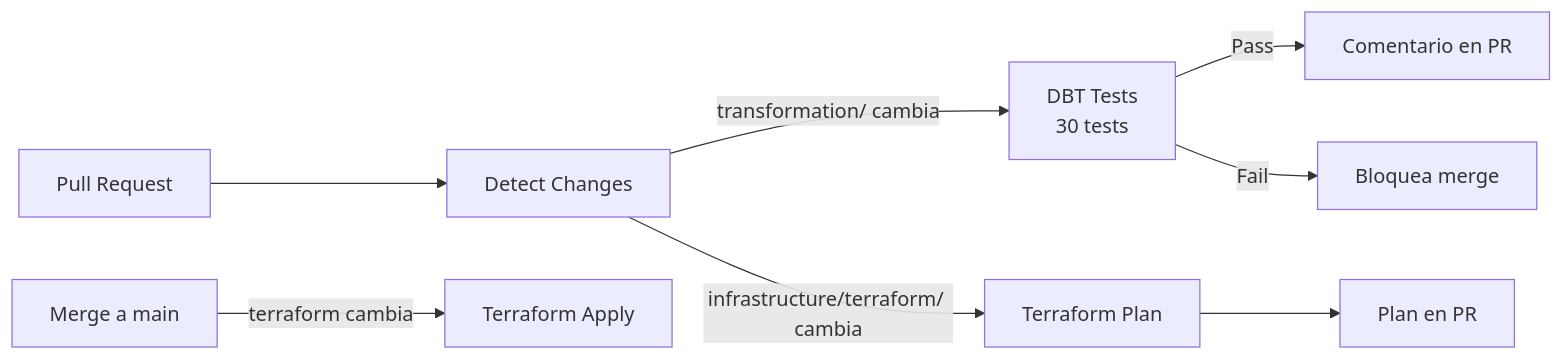
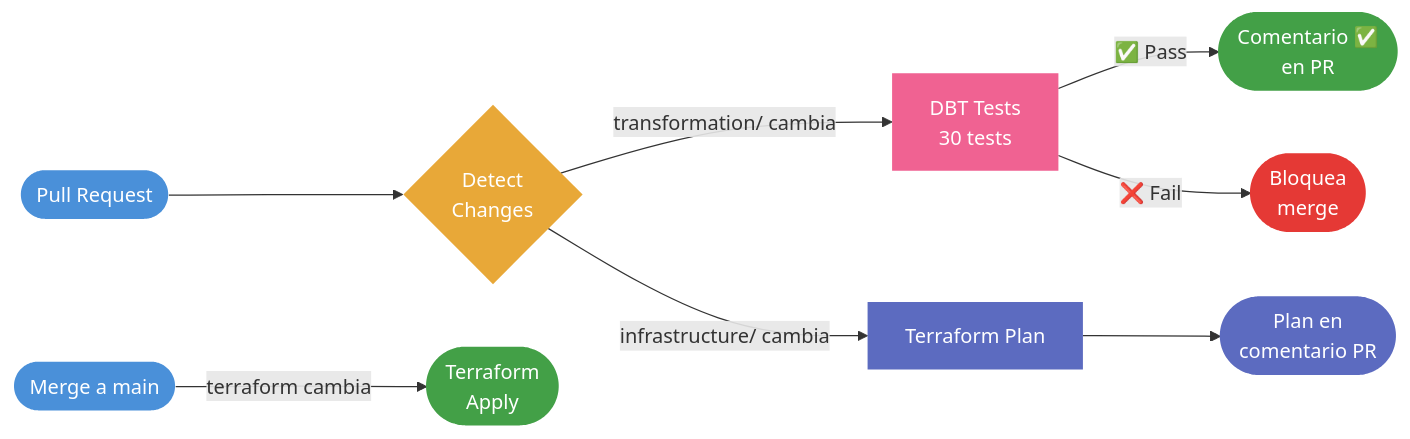
Before and after one commit to TomasRipsky/CityPulse_Analytics: the fifth of 5 diagrams in README.md, drawn with Mermaid. The commit also changed other lines of this file, not shown here.

````diff
--- a/README.md
+++ b/README.md
@@ -685,10 +694,29 @@
 ```mermaid
 flowchart LR
-    PR[Pull Request] --> DC[Detect Changes]
-    DC -->|transformation/ cambia| DBT[DBT Tests\n30 tests]
-    DC -->|infrastructure/terraform/ cambia| TF[Terraform Plan]
-    DBT -->|Pass| C1[Comentario en PR]
-    DBT -->|Fail| C2[Bloquea merge]
-    TF --> C3[Plan en PR]
-    MERGE[Merge a main] -->|terraform cambia| APPLY[Terraform Apply]
+    PR([Pull Request]) --> DC{Detect
+Changes}
+
+    DC -->|transformation/ cambia| DBT[DBT Tests
+30 tests]
+    DC -->|infrastructure/ cambia| TF[Terraform Plan]
+
+    DBT -->|✅ Pass| OK([Comentario ✅
+en PR])
+    DBT -->|❌ Fail| KO([Bloquea
+merge])
+    TF --> TP([Plan en
+comentario PR])
+
+    MERGE([Merge a main]) -->|terraform cambia| APPLY([Terraform
+Apply])
+
+    style PR fill:#4A90D9,color:#fff,stroke:none
+    style DC fill:#E8A838,color:#fff,stroke:none
+    style DBT fill:#F06292,color:#fff,stroke:none
+    style TF fill:#5C6BC0,color:#fff,stroke:none
+    style OK fill:#43A047,color:#fff,stroke:none
+    style KO fill:#E53935,color:#fff,stroke:none
+    style TP fill:#5C6BC0,color:#fff,stroke:none
+    style MERGE fill:#4A90D9,color:#fff,stroke:none
+    style APPLY fill:#43A047,color:#fff,stroke:none
 ```
````
